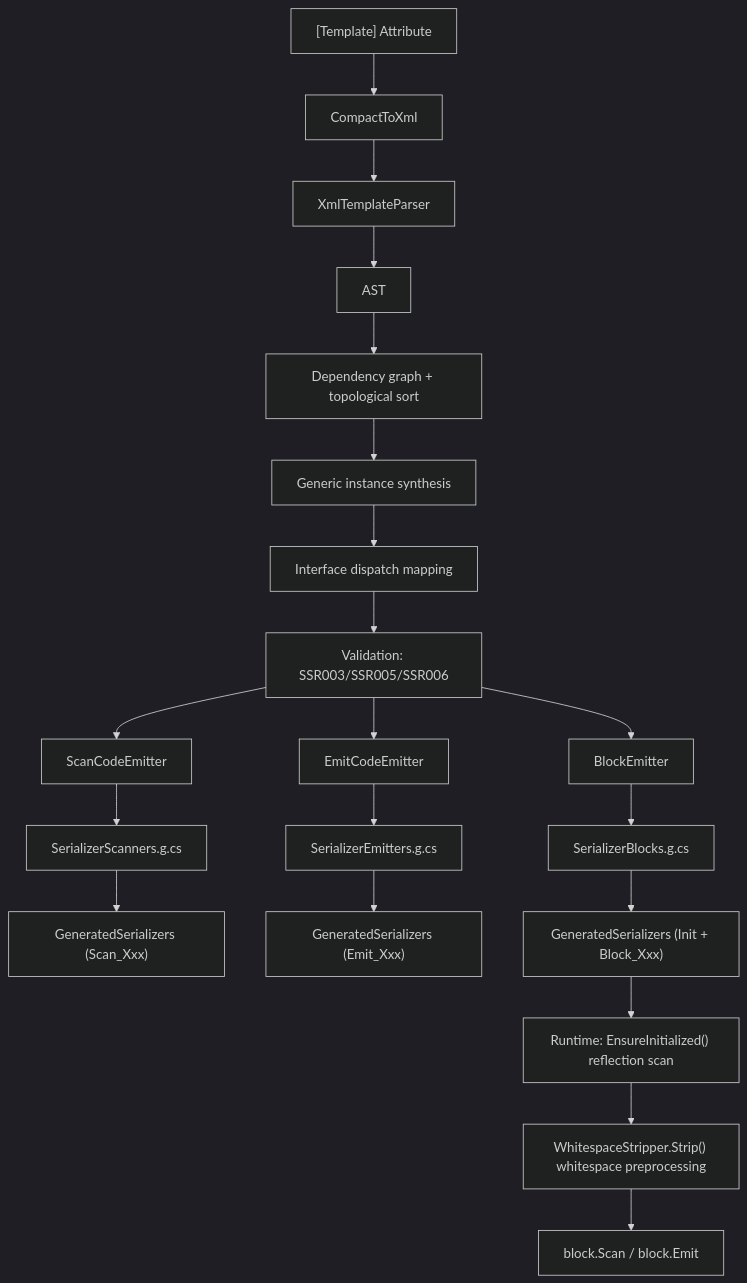
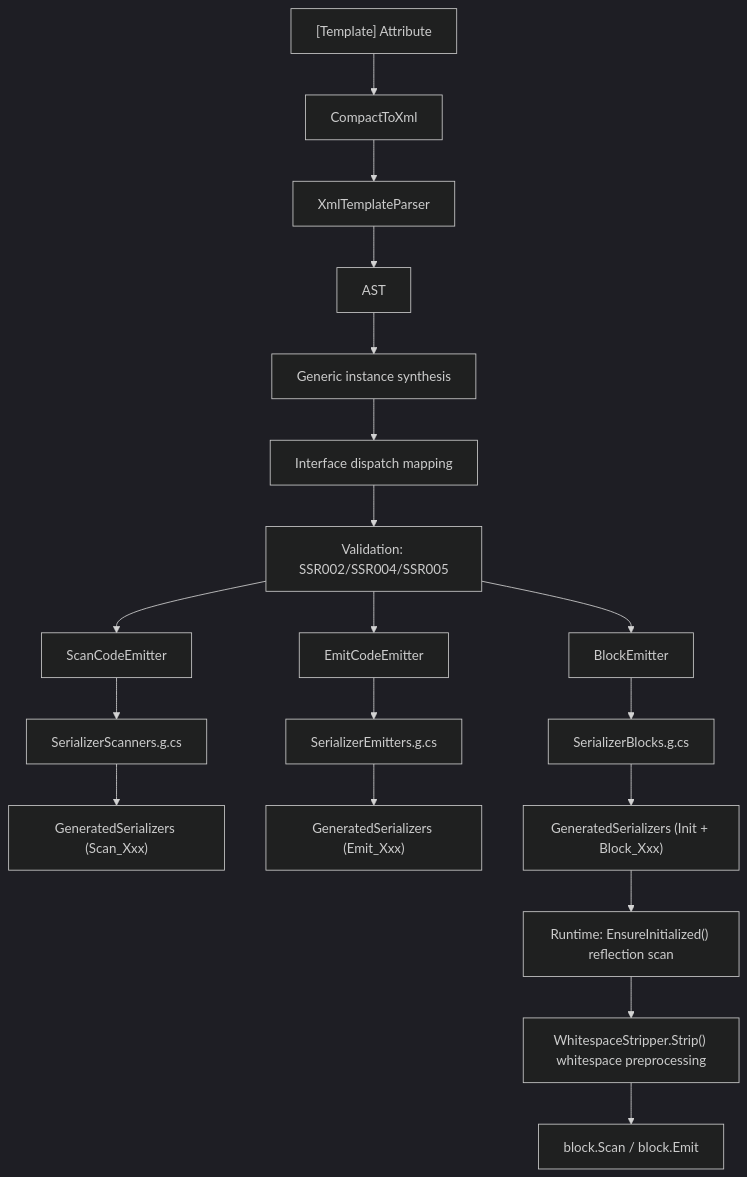
The diagram in docs/en/technical/pipeline/overview.md (twds0x13/SourceSerializer), drawn with Mermaid (dark theme) before and after one commit. The commit also changed other lines of this file and 28 other files, not shown here.

````diff
--- a/docs/en/technical/pipeline/overview.md
+++ b/docs/en/technical/pipeline/overview.md
@@ -7,22 +7,21 @@
 ```mermaid
 flowchart TD
     A["[Template] Attribute"] --> B[CompactToXml]
     B --> C[XmlTemplateParser]
     C --> D[AST]
-    D --> E[Dependency graph + topological sort]
-    E --> F[Generic instance synthesis]
+    D --> F[Generic instance synthesis]
     F --> G[Interface dispatch mapping]
-    G --> H[Validation: SSR003/SSR005/SSR006]
+    G --> H[Validation: SSR002/SSR004/SSR005]
     H --> I[ScanCodeEmitter]
     H --> J[EmitCodeEmitter]
     H --> K[BlockEmitter]
     I --> L[SerializerScanners.g.cs]
     J --> M[SerializerEmitters.g.cs]
     K --> N[SerializerBlocks.g.cs]
     L --> O["GeneratedSerializers (Scan_Xxx)"]
     M --> P["GeneratedSerializers (Emit_Xxx)"]
     N --> Q["GeneratedSerializers (Init + Block_Xxx)"]
     Q --> R["Runtime: EnsureInitialized() reflection scan"]
     R --> S["WhitespaceStripper.Strip() whitespace preprocessing"]
     S --> T["block.Scan / block.Emit"]
 ```
````
